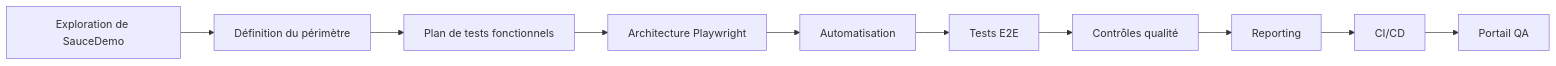
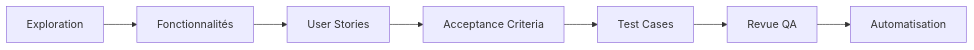
Before and after one commit to maximejoannis/saucedemo-playwright-agents: the second of 8 diagrams in SPRINT-REVIEW.md, drawn with Mermaid. The commit also changed other lines of this file and 1 other file, not shown here.

````diff
--- a/SPRINT-REVIEW.md
+++ b/SPRINT-REVIEW.md
@@ -85,12 +62,9 @@
 ```mermaid
 flowchart LR
-    A[Exploration de SauceDemo] --> B[Définition du périmètre]
-    B --> C[Plan de tests fonctionnels]
-    C --> D[Architecture Playwright]
-    D --> E[Automatisation]
-    E --> F[Tests E2E]
-    F --> G[Contrôles qualité]
-    G --> H[Reporting]
-    H --> I[CI/CD]
-    I --> J[Portail QA]
+    A[Exploration] --> B[Fonctionnalités]
+    B --> C[User Stories]
+    C --> D[Acceptance Criteria]
+    D --> E[Test Cases]
+    E --> F[Revue QA]
+    F --> G[Automatisation]
 ```
````
